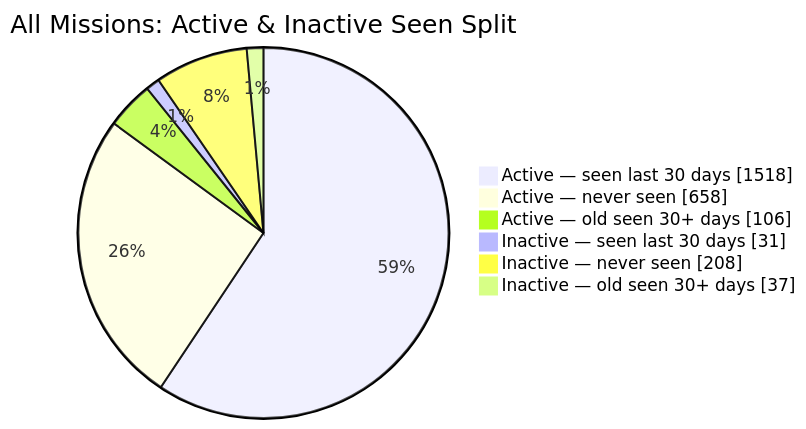
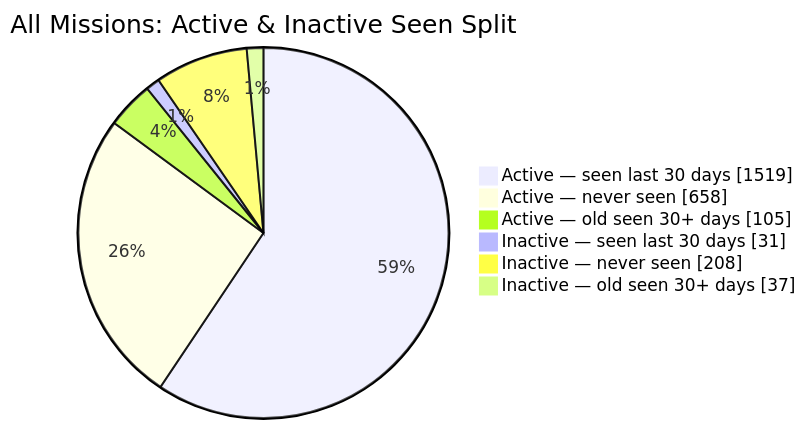
The second of 2 diagrams in README.md (MeldkamerspelGameTeam/active-missions), drawn with Mermaid before and after one commit. The commit also changed other lines of this file and 2 other files, not shown here.

````diff
--- a/README.md
+++ b/README.md
@@ -44,10 +44,10 @@
 ```mermaid
 pie showData
     title All Missions: Active & Inactive Seen Split
-    "Active — seen last 30 days" : 1518
+    "Active — seen last 30 days" : 1519
     "Active — never seen" : 658
-    "Active — old seen 30+ days" : 106
+    "Active — old seen 30+ days" : 105
     "Inactive — seen last 30 days" : 31
     "Inactive — never seen" : 208
     "Inactive — old seen 30+ days" : 37
 ```
````
